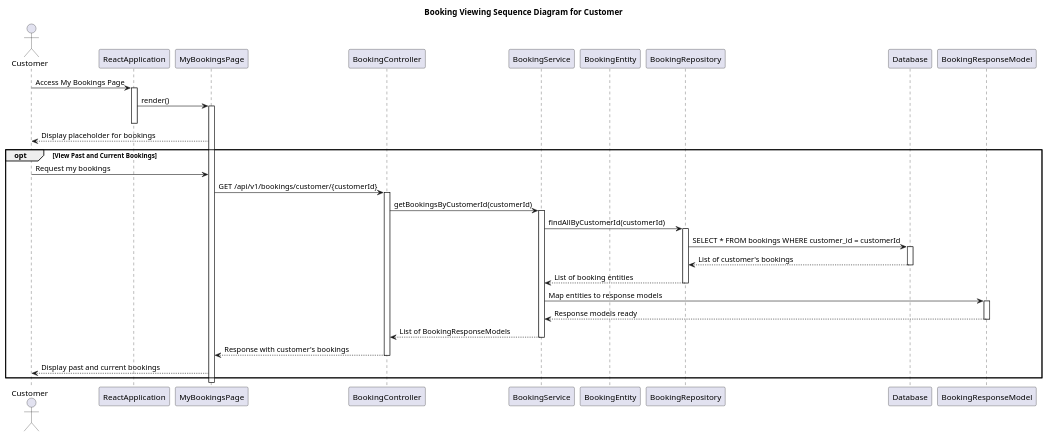
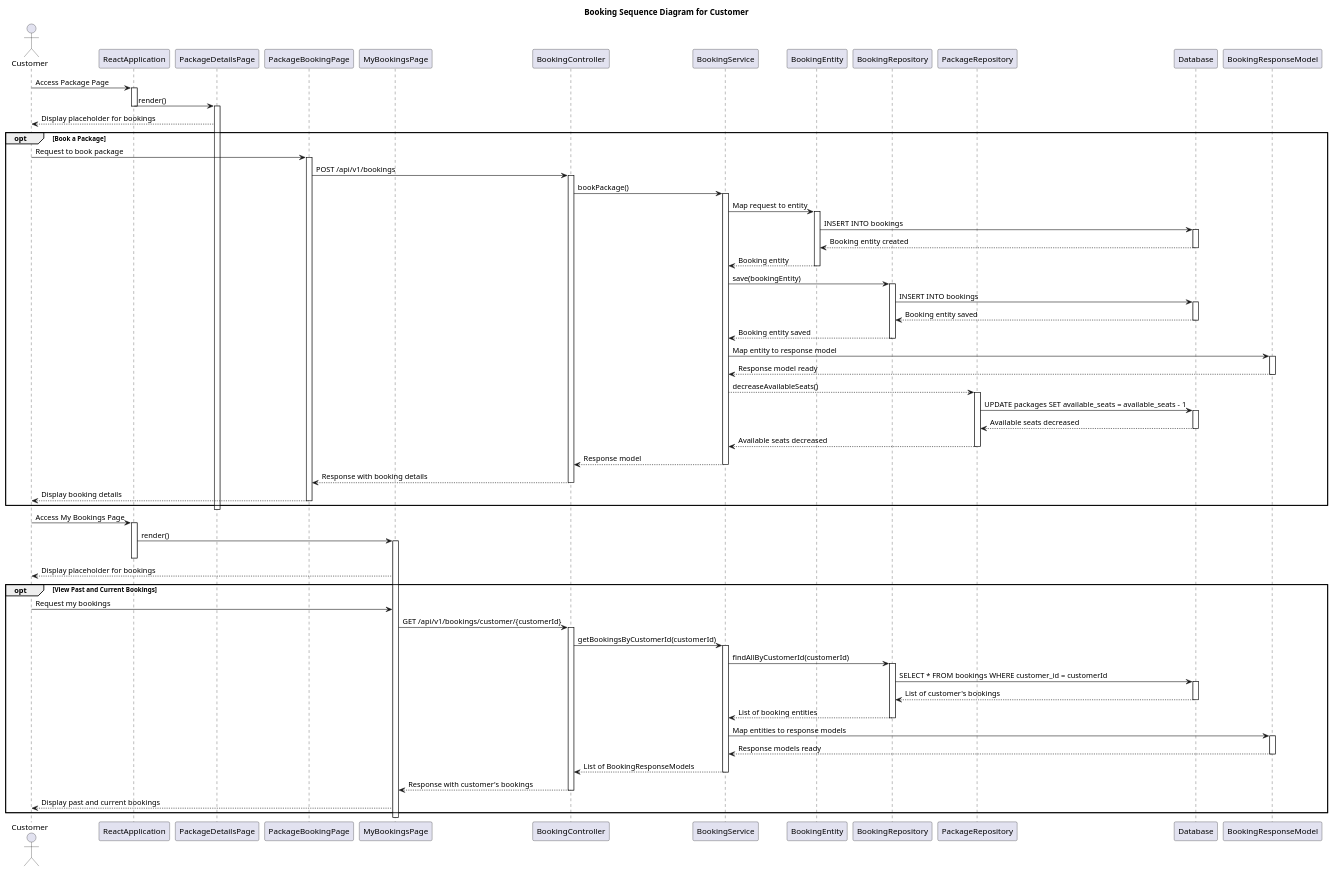
One commit to Hares-2088/TravelTrove changed the diagram in diagrams/Design_Level_Sequence_Diagrams/Sprint2/booking/Customer.puml. Above: the diagram before and after it, drawn with PlantUML. The commit also changed 9 other files, not shown here.

Commit message:
Diagrams finished for modified package after seating logic adding.

```diff
--- a/diagrams/Design_Level_Sequence_Diagrams/Sprint2/booking/Customer.puml
+++ b/diagrams/Design_Level_Sequence_Diagrams/Sprint2/booking/Customer.puml
@@ -1,56 +1,132 @@
 @startuml
-title Booking Viewing Sequence Diagram for Customer
+title Booking Sequence Diagram for Customer
 
 actor Customer
 participant ReactApplication
+participant PackageDetailsPage
+participant PackageBookingPage
 participant MyBookingsPage
 participant BookingController
 participant BookingService
 participant BookingEntity
 participant BookingRepository
+participant PackageRepository
 participant Database
 participant BookingResponseModel
 
-Customer -> ReactApplication : Access My Bookings Page
+Customer -> ReactApplication : Access Package Page
 activate ReactApplication
 
+ReactApplication -> PackageDetailsPage : render()
+deactivate ReactApplication
+activate PackageDetailsPage
+PackageDetailsPage --> Customer : Display placeholder for bookings
+
+opt Book a Package
+    Customer -> PackageBookingPage : Request to book package
+    activate PackageBookingPage
+
+    PackageBookingPage -> BookingController : POST /api/v1/bookings
+    activate BookingController
+
+    BookingController -> BookingService : bookPackage()
+    activate BookingService
+
+    BookingService -> BookingEntity : Map request to entity
+    activate BookingEntity
+
+    BookingEntity -> Database : INSERT INTO bookings
+    activate Database
+
+    Database --> BookingEntity : Booking entity created
+    deactivate Database
+
+    BookingEntity --> BookingService : Booking entity
+    deactivate BookingEntity
+
+    BookingService -> BookingRepository : save(bookingEntity)
+    activate BookingRepository
+
+    BookingRepository -> Database : INSERT INTO bookings
+    activate Database
+
+    Database --> BookingRepository : Booking entity saved
+    deactivate Database
+
+    BookingRepository --> BookingService : Booking entity saved
+    deactivate BookingRepository
+
+    BookingService -> BookingResponseModel : Map entity to response model
+    activate BookingResponseModel
+
+    BookingResponseModel --> BookingService : Response model ready
+    deactivate BookingResponseModel
+
+    BookingService --> PackageRepository : decreaseAvailableSeats()
+    activate PackageRepository
+
+    PackageRepository -> Database : UPDATE packages SET available_seats = available_seats - 1
+    activate Database
+
+    Database --> PackageRepository : Available seats decreased
+    deactivate Database
+
+    PackageRepository --> BookingService : Available seats decreased
+    deactivate PackageRepository
+
+    BookingService --> BookingController : Response model
+    deactivate BookingService
+
+    BookingController --> PackageBookingPage : Response with booking details
+    deactivate BookingController
+
+    PackageBookingPage --> Customer : Display booking details
+    deactivate PackageBookingPage
+
+
+end
+
+deactivate PackageDetailsPage
+Customer -> ReactApplication : Access My Bookings Page
+
+activate ReactApplication
 ReactApplication -> MyBookingsPage : render()
 activate MyBookingsPage
 deactivate ReactApplication
 
 MyBookingsPage --> Customer : Display placeholder for bookings
 
 opt View Past and Current Bookings
     Customer -> MyBookingsPage : Request my bookings
     MyBookingsPage -> BookingController : GET /api/v1/bookings/customer/{customerId}
     activate BookingController
 
     BookingController -> BookingService : getBookingsByCustomerId(customerId)
     activate BookingService
 
     BookingService -> BookingRepository : findAllByCustomerId(customerId)
     activate BookingRepository
 
     BookingRepository -> Database : SELECT * FROM bookings WHERE customer_id = customerId
     activate Database
     Database --> BookingRepository : List of customer's bookings
     deactivate Database
 
     BookingRepository --> BookingService : List of booking entities
     deactivate BookingRepository
 
     BookingService -> BookingResponseModel : Map entities to response models
     activate BookingResponseModel
     BookingResponseModel --> BookingService : Response models ready
     deactivate BookingResponseModel
 
     BookingService --> BookingController : List of BookingResponseModels
     deactivate BookingService
 
     BookingController --> MyBookingsPage : Response with customer's bookings
     deactivate BookingController
 
     MyBookingsPage --> Customer : Display past and current bookings
 end
 
 @enduml
```
